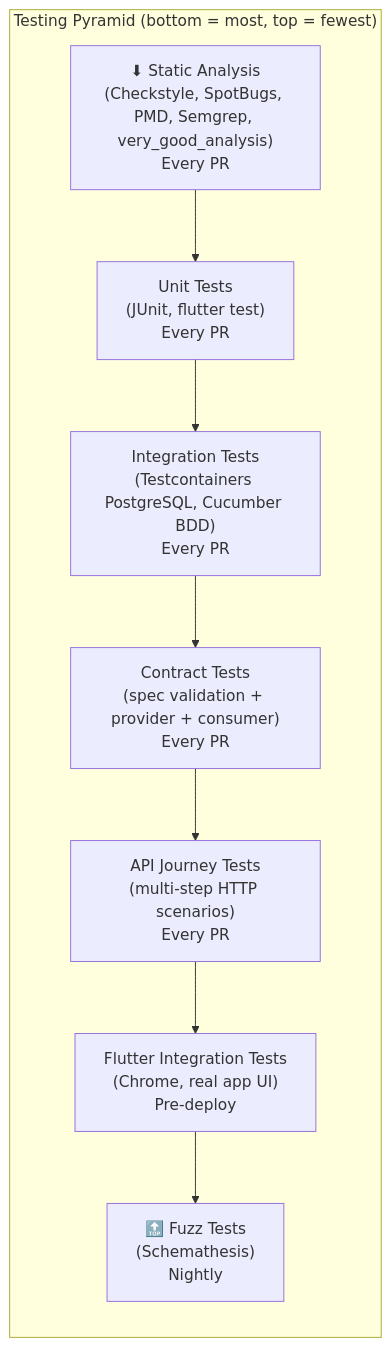
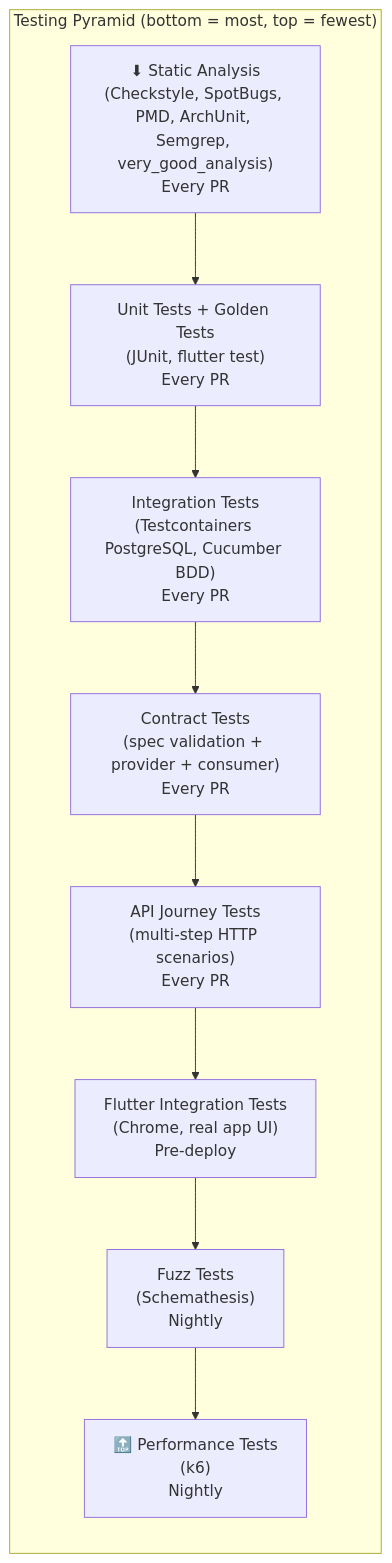
Before and after one commit to AnunnakiCosmoCrew/WordPower-docs: the first of 6 diagrams in docs/testing/TESTING_STRATEGY.md, drawn with Mermaid. The commit also changed other lines of this file, not shown here.

First line of the commit message:
Add ArchUnit architectural boundary testing to testing strategy

````diff
--- a/docs/testing/TESTING_STRATEGY.md
+++ b/docs/testing/TESTING_STRATEGY.md
@@ -27,15 +28,16 @@
 ```mermaid
 flowchart TB
     subgraph Pyramid["Testing Pyramid (bottom = most, top = fewest)"]
         direction TB
-        Fuzz["🔝 Fuzz Tests<br/>(Schemathesis)<br/>Nightly"]
+        Perf["🔝 Performance Tests<br/>(k6)<br/>Nightly"]
+        Fuzz["Fuzz Tests<br/>(Schemathesis)<br/>Nightly"]
         E2EUI["Flutter Integration Tests<br/>(Chrome, real app UI)<br/>Pre-deploy"]
         E2EAPI["API Journey Tests<br/>(multi-step HTTP scenarios)<br/>Every PR"]
         Contract["Contract Tests<br/>(spec validation + provider + consumer)<br/>Every PR"]
         Integration["Integration Tests<br/>(Testcontainers PostgreSQL, Cucumber BDD)<br/>Every PR"]
-        Unit["Unit Tests<br/>(JUnit, flutter test)<br/>Every PR"]
-        Static["⬇ Static Analysis<br/>(Checkstyle, SpotBugs, PMD, Semgrep, very_good_analysis)<br/>Every PR"]
+        Unit["Unit Tests + Golden Tests<br/>(JUnit, flutter test)<br/>Every PR"]
+        Static["⬇ Static Analysis<br/>(Checkstyle, SpotBugs, PMD, ArchUnit, Semgrep, very_good_analysis)<br/>Every PR"]
     end
 
-    Static --> Unit --> Integration --> Contract --> E2EAPI --> E2EUI --> Fuzz
+    Static --> Unit --> Integration --> Contract --> E2EAPI --> E2EUI --> Fuzz --> Perf
 ```
````
